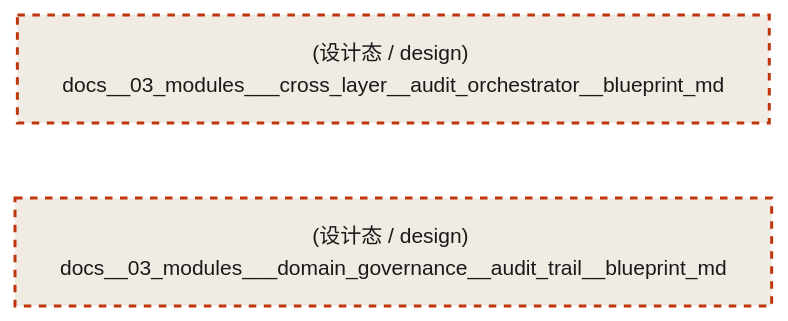
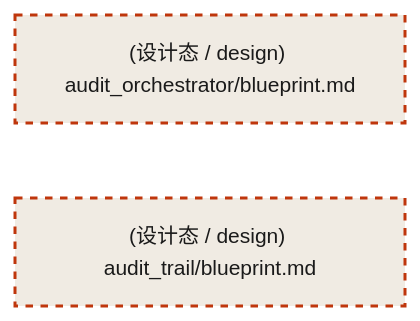
One commit to xuanFelixVan/ZephyrAlpha changed the seventh of 8 diagrams in docs/02_enterprise_architecture/02_domain_architecture_docs/50_d_gov_audit.md. Above: the diagram before and after it, drawn with Mermaid. The commit also changed other lines of this file and 63 other files, not shown here.

````diff
--- a/docs/02_enterprise_architecture/02_domain_architecture_docs/50_d_gov_audit.md
+++ b/docs/02_enterprise_architecture/02_domain_architecture_docs/50_d_gov_audit.md
@@ -1107,12 +1107,12 @@
 ```mermaid
 %%{init: {'theme': 'base', 'themeVariables': {'primaryColor': '#eaeaea', 'primaryTextColor': '#333333', 'primaryBorderColor': '#666666', 'lineColor': '#666666', 'secondaryColor': '#eaeaea', 'tertiaryColor': '#eaeaea', 'fontSize': '14px'}}}%%
 flowchart TD
-    docs_03_modules_cross_layer_audit_orchestrator_blueprint_md["(设计态 / design) docs__03_modules___cross_layer__audit_orchestrator__blueprint_md"]
-    docs_03_modules_domain_governance_audit_trail_blueprint_md["(设计态 / design) docs__03_modules___domain_governance__audit_trail__blueprint_md"]
+    docs_03_modules_cross_layer_audit_orchestrator_blueprint_md["(设计态 / design) audit_orchestrator/blueprint.md"]
+    docs_03_modules_domain_governance_audit_trail_blueprint_md["(设计态 / design) audit_trail/blueprint.md"]
     docs_03_modules_cross_layer_audit_orchestrator_blueprint_md ~~~ docs_03_modules_domain_governance_audit_trail_blueprint_md
     classDef production fill:#e8edf2,stroke:#0277bd,stroke-width:2px,color:#1a1a1a
     classDef design fill:#f0ebe3,stroke:#bf360c,stroke-width:2px,color:#1a1a1a,stroke-dasharray: 5 5
     classDef external_prod fill:#e8efe9,stroke:#1b5e20,stroke-width:1px,color:#1a1a1a
     classDef external_design fill:#efe5ea,stroke:#880e4f,stroke-width:1px,color:#1a1a1a,stroke-dasharray: 5 5
     class docs_03_modules_cross_layer_audit_orchestrator_blueprint_md,docs_03_modules_domain_governance_audit_trail_blueprint_md design
 ```
````
